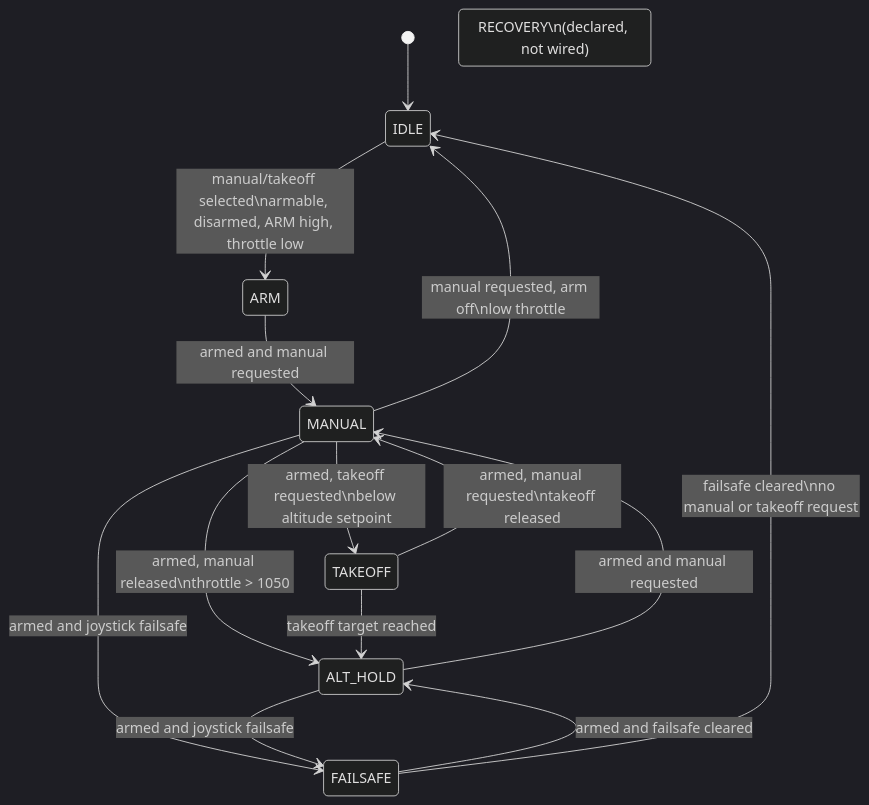
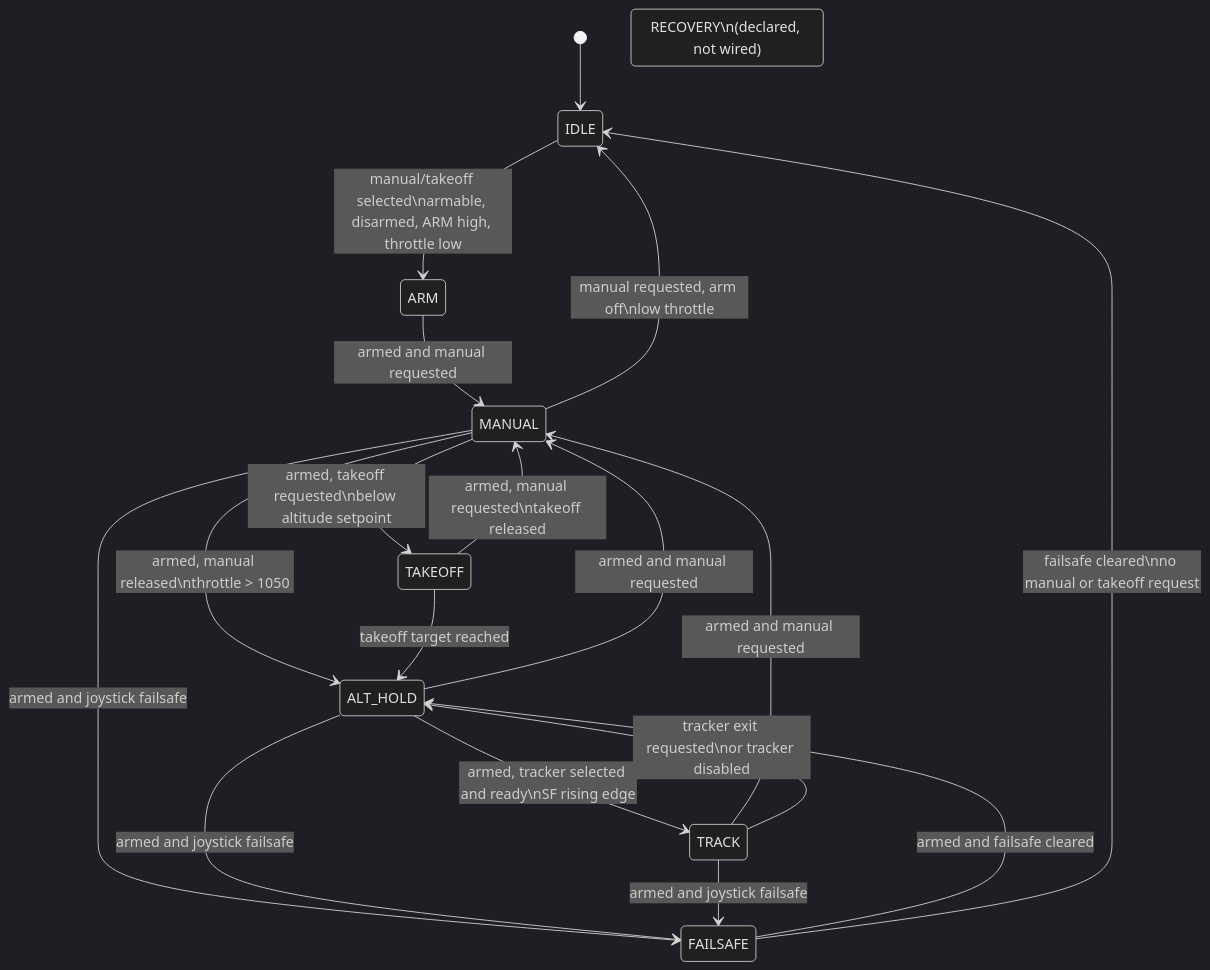
One commit to mayaboker/bt_ws changed the diagram in bt_app/docs/application_state_machine.md. Above: the diagram before and after it, drawn with Mermaid (dark theme). The commit also changed other lines of this file and 22 other files, not shown here.

````diff
--- a/bt_app/docs/application_state_machine.md
+++ b/bt_app/docs/application_state_machine.md
@@ -58,22 +64,26 @@
 ```mermaid
 stateDiagram-v2
     [*] --> IDLE
 
     IDLE --> ARM: manual/takeoff selected\narmable, disarmed, ARM high, throttle low
     ARM --> MANUAL: armed and manual requested
 
     MANUAL --> TAKEOFF: armed, takeoff requested\nbelow altitude setpoint
     MANUAL --> FAILSAFE: armed and joystick failsafe
     MANUAL --> IDLE: manual requested, arm off\nlow throttle
     MANUAL --> ALT_HOLD: armed, manual released\nthrottle > 1050
 
     TAKEOFF --> ALT_HOLD: takeoff target reached
     TAKEOFF --> MANUAL: armed, manual requested\ntakeoff released
 
     ALT_HOLD --> FAILSAFE: armed and joystick failsafe
     ALT_HOLD --> MANUAL: armed and manual requested
+    ALT_HOLD --> TRACK: armed, tracker selected and ready\nSF rising edge
+    TRACK --> FAILSAFE: armed and joystick failsafe
+    TRACK --> MANUAL: armed and manual requested
+    TRACK --> ALT_HOLD: tracker exit requested\nor tracker disabled
     FAILSAFE --> ALT_HOLD: armed and failsafe cleared
     FAILSAFE --> IDLE: failsafe cleared\nno manual or takeoff request
 
     state "RECOVERY\n(declared, not wired)" as RECOVERY
 ```
````
